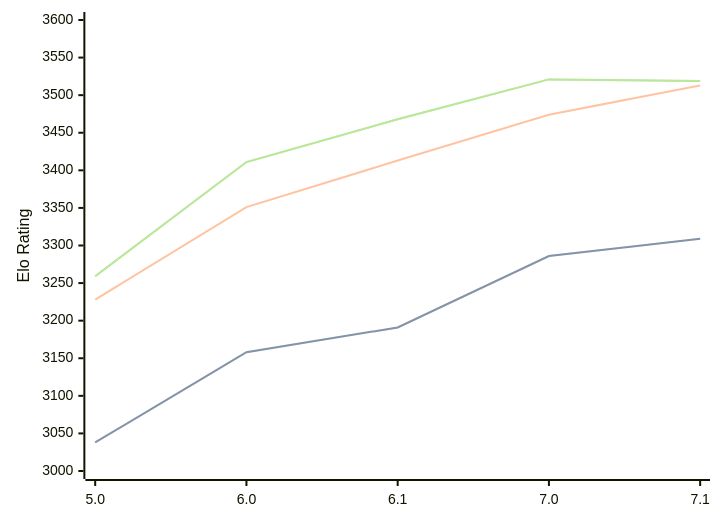
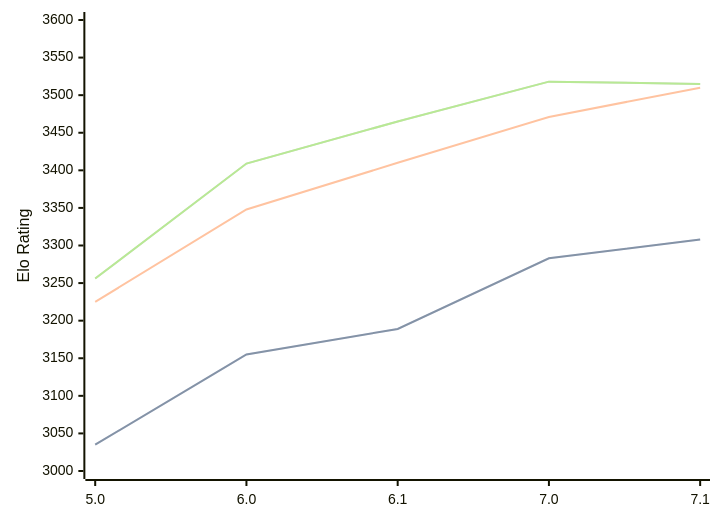
One commit to computer-chess-index/cci changed the diagram in engines/PZChessBot.md. Above: the diagram before and after it, drawn with Mermaid. The commit also changed other lines of this file, not shown here.

Commit message:
Update CCI Ratings (ELO VLTC) - 2026-08-12

````diff
--- a/engines/PZChessBot.md
+++ b/engines/PZChessBot.md
@@ -35,11 +35,11 @@
 ```mermaid
 %%{init: {"theme":"base","themeVariables":{"seriesColors:['#a3a3a3','#222221','#faa371']}}}%%
 xychart-beta
   x-axis ["5.0", "6.0", "6.1", "7.0", "7.1"]
   y-axis "Elo Rating" 3000 --> 3600
-  line "STC (8.0+0.08s)" [3038, 3158, 3191, 3286, 3309]
-  line "STC (8.0+0.08s)" [3038, 3158, 3191, 3286, 3309]
-  line "LTC (60.0+0.60s)" [3228, 3351, 3413, 3474, 3513]
-  line "VLTC (2m24s+1.12s)" [3259, 3411, 3468, 3521, 3519]
-  line "VLTC (2m24s+1.12s)" [3259, 3411, 3468, 3521, 3519]
+  line "STC (8.0+0.08s)" [3035, 3155, 3189, 3283, 3308]
+  line "STC (8.0+0.08s)" [3035, 3155, 3189, 3283, 3308]
+  line "LTC (60.0+0.60s)" [3225, 3348, 3410, 3471, 3510]
+  line "VLTC (2m24s+1.12s)" [3256, 3409, 3465, 3518, 3515]
+  line "VLTC (2m24s+1.12s)" [3256, 3409, 3465, 3518, 3515]
 ```
````
